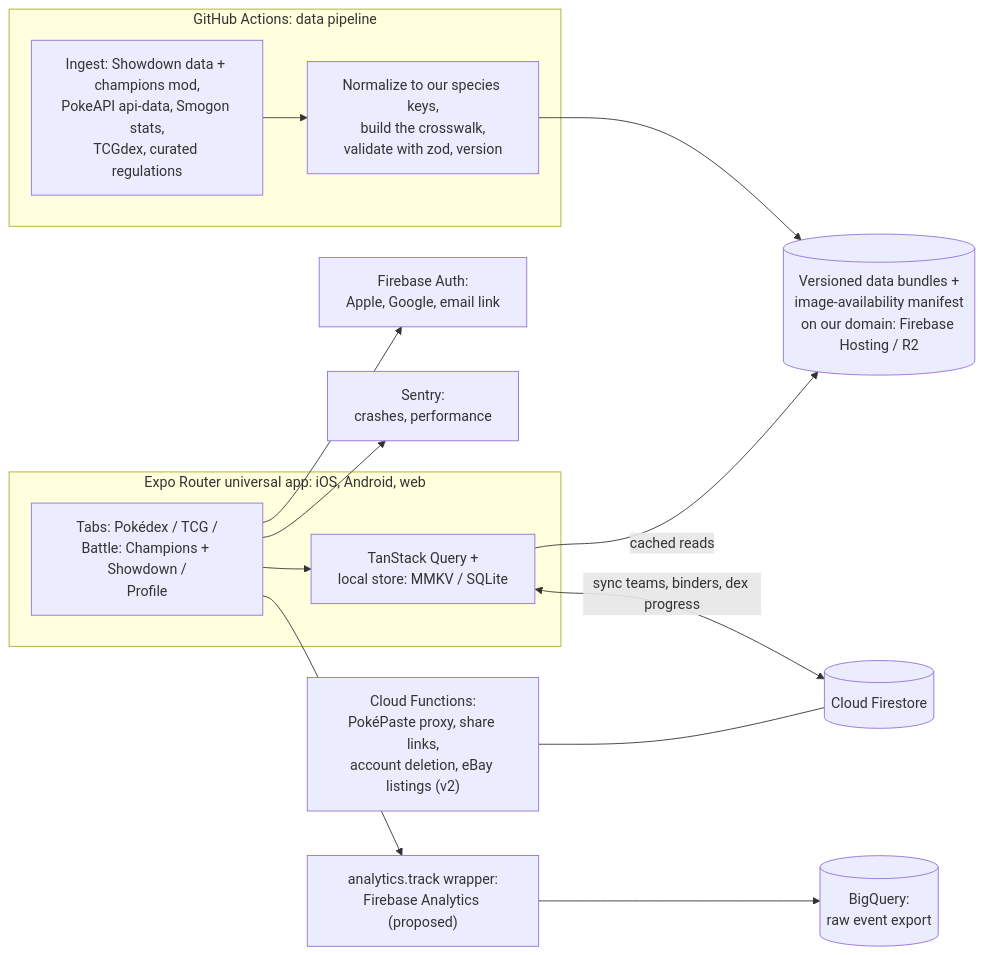
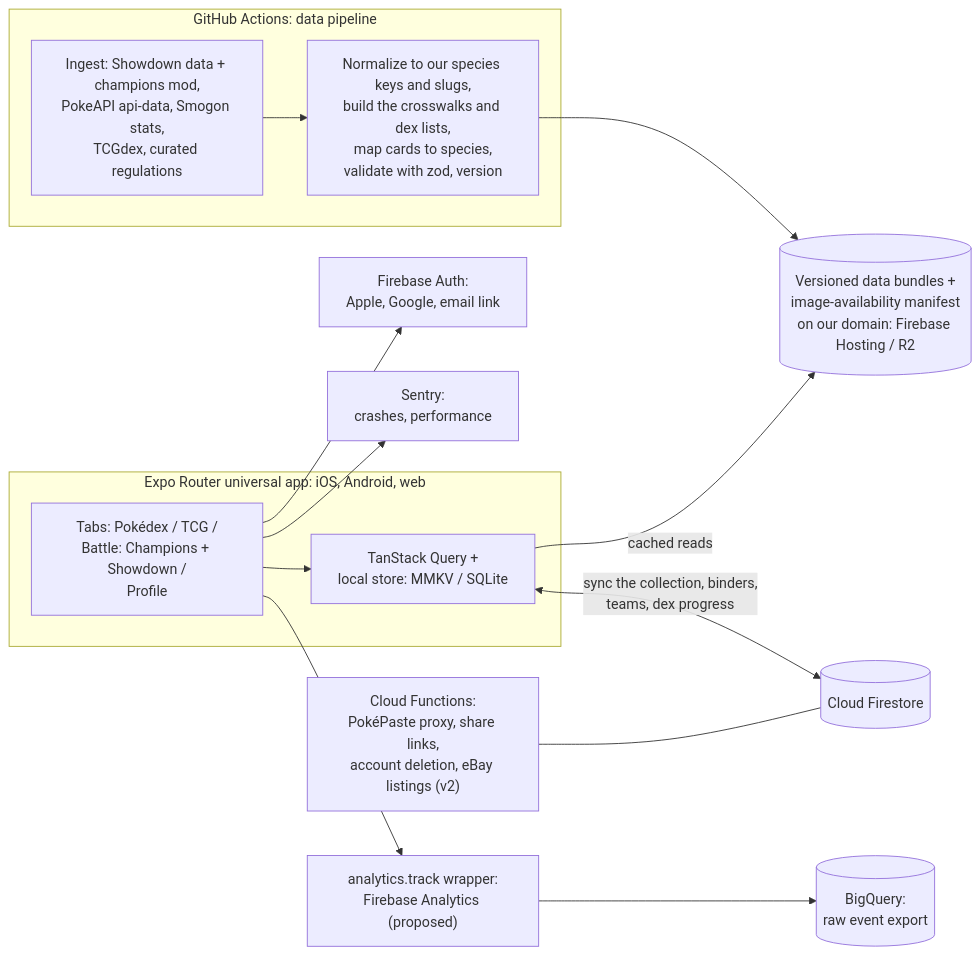
Before and after one commit to edmundtrinh/PokeVerse: the third of 5 diagrams in docs/architecture/overview.md, drawn with Mermaid. The commit also changed other lines of this file and 5 other files, not shown here.

Commit message:
Plan the card collection, dex progress, and card search

````diff
--- a/docs/architecture/overview.md
+++ b/docs/architecture/overview.md
@@ -194,17 +194,17 @@
 ```mermaid
 flowchart LR
   subgraph CI["GitHub Actions: data pipeline"]
-    ING["Ingest: Showdown data + champions mod,<br/>PokeAPI api-data, Smogon stats,<br/>TCGdex, curated regulations"] --> BLD["Normalize to our species keys,<br/>build the crosswalk,<br/>validate with zod, version"]
+    ING["Ingest: Showdown data + champions mod,<br/>PokeAPI api-data, Smogon stats,<br/>TCGdex, curated regulations"] --> BLD["Normalize to our species keys and slugs,<br/>build the crosswalks and dex lists,<br/>map cards to species,<br/>validate with zod, version"]
   end
   BLD --> CDN[("Versioned data bundles +<br/>image-availability manifest<br/>on our domain: Firebase Hosting / R2")]
   subgraph APP["Expo Router universal app: iOS, Android, web"]
     UI["Tabs: Pokédex / TCG /<br/>Battle: Champions + Showdown /<br/>Profile"] --> ST["TanStack Query +<br/>local store: MMKV / SQLite"]
   end
   ST -->|cached reads| CDN
-  ST <-->|"sync teams, binders, dex progress"| FS[("Cloud Firestore")]
+  ST <-->|"sync the collection, binders,<br/>teams, dex progress"| FS[("Cloud Firestore")]
   UI --> AU["Firebase Auth:<br/>Apple, Google, email link"]
   UI --> OB["Sentry:<br/>crashes, performance"]
   UI --> AN["analytics.track wrapper:<br/>Firebase Analytics (proposed)"]
   AN --> BQ[("BigQuery:<br/>raw event export")]
   FN["Cloud Functions:<br/>PokéPaste proxy, share links,<br/>account deletion, eBay listings (v2)"] --- FS
 ```
````
